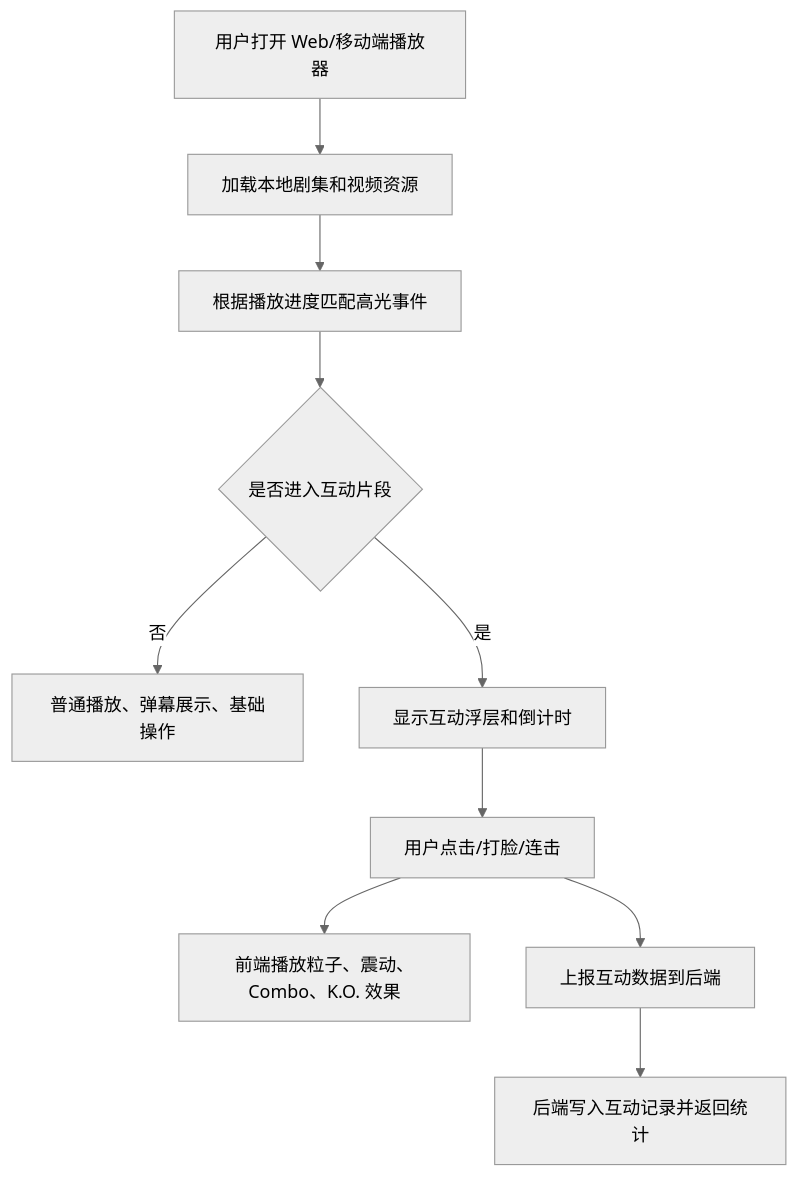
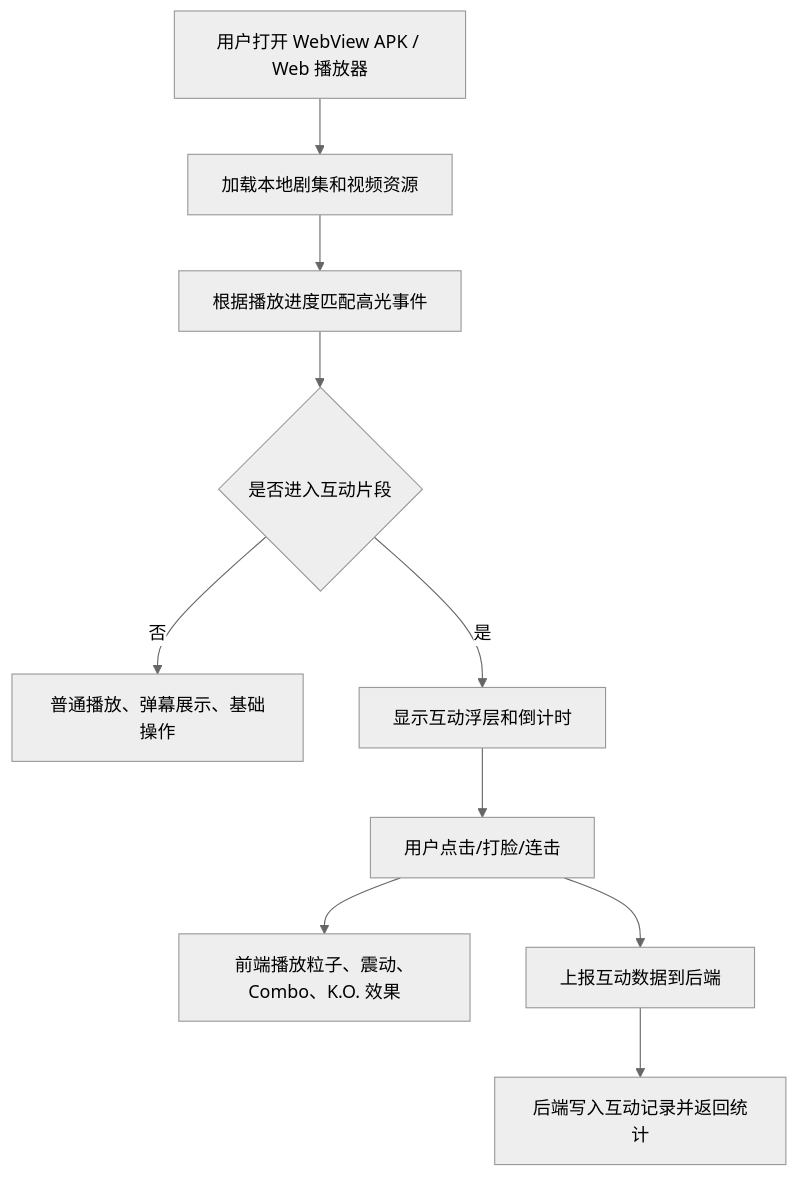
The first of 3 diagrams in docs/technical_report.md (fyzzzz05/ShortVideo_Interactivate), drawn with Mermaid (neutral theme) before and after one commit. The commit also changed other lines of this file and 60 other files, not shown here.

Commit message:
Add WebView APK packaging

````diff
--- a/docs/technical_report.md
+++ b/docs/technical_report.md
@@ -35,12 +36,12 @@
 ```mermaid
 flowchart TD
-  A["用户打开 Web/移动端播放器"] --> B["加载本地剧集和视频资源"]
+  A["用户打开 WebView APK / Web 播放器"] --> B["加载本地剧集和视频资源"]
   B --> C["根据播放进度匹配高光事件"]
   C --> D{"是否进入互动片段"}
   D -- "否" --> E["普通播放、弹幕展示、基础操作"]
   D -- "是" --> F["显示互动浮层和倒计时"]
   F --> G["用户点击/打脸/连击"]
   G --> H["前端播放粒子、震动、Combo、K.O. 效果"]
   G --> I["上报互动数据到后端"]
   I --> J["后端写入互动记录并返回统计"]
 ```
````
